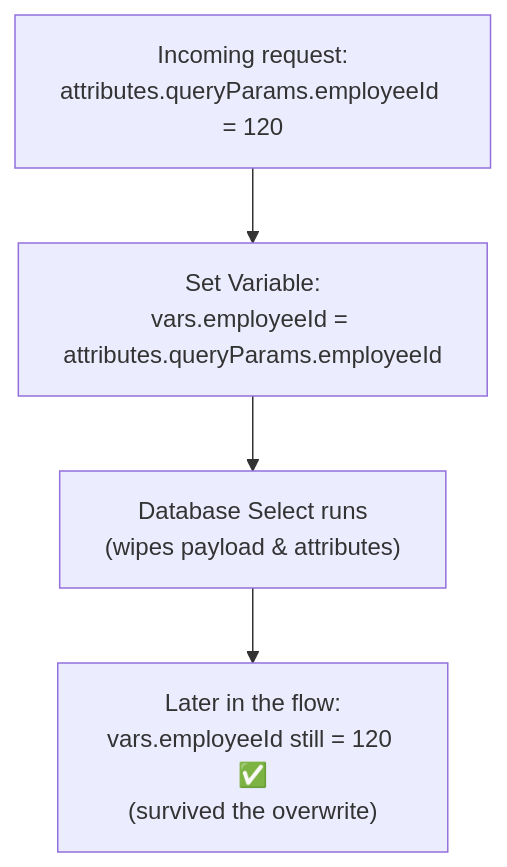
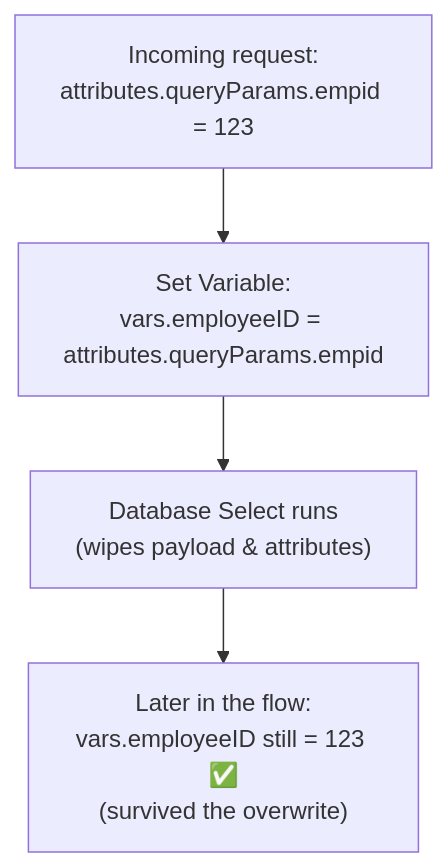
One commit to developerashok99/green-c-mule-notes changed the fourth of 11 diagrams in detailed-notes/day07.md. Above: the diagram before and after it, drawn with Mermaid. The commit also changed other lines of this file and 27 other files, not shown here.

````diff
--- a/detailed-notes/day07.md
+++ b/detailed-notes/day07.md
@@ -71,6 +73,6 @@
 ```mermaid
 flowchart TB
-    Start["Incoming request:<br/>attributes.queryParams.employeeId = 120"] --> Save["Set Variable:<br/>vars.employeeId = attributes.queryParams.employeeId"]
+    Start["Incoming request:<br/>attributes.queryParams.empid = 123"] --> Save["Set Variable:<br/>vars.employeeID = attributes.queryParams.empid"]
     Save --> DBCall["Database Select runs<br/>(wipes payload & attributes)"]
-    DBCall --> Later["Later in the flow:<br/>vars.employeeId still = 120 ✅<br/>(survived the overwrite)"]
+    DBCall --> Later["Later in the flow:<br/>vars.employeeID still = 123 ✅<br/>(survived the overwrite)"]
 ```
````
